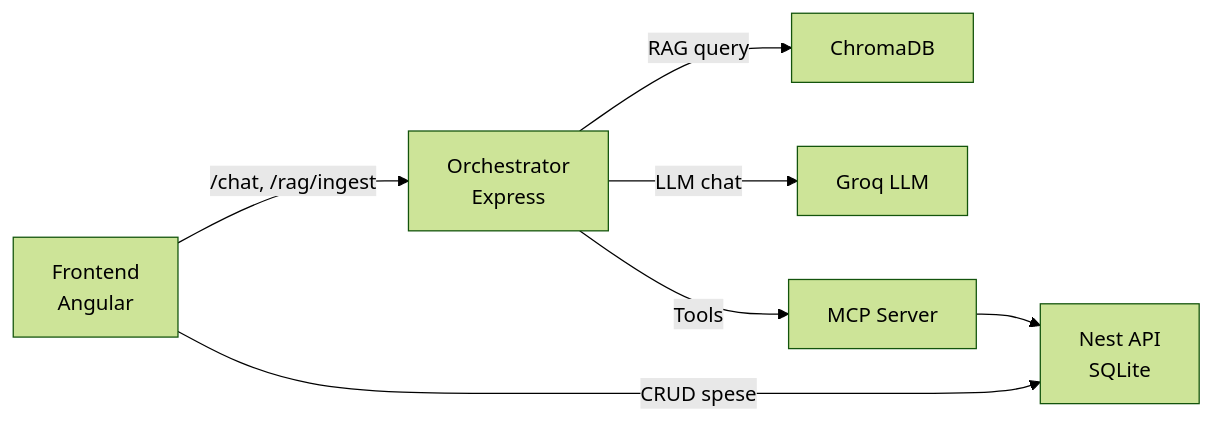
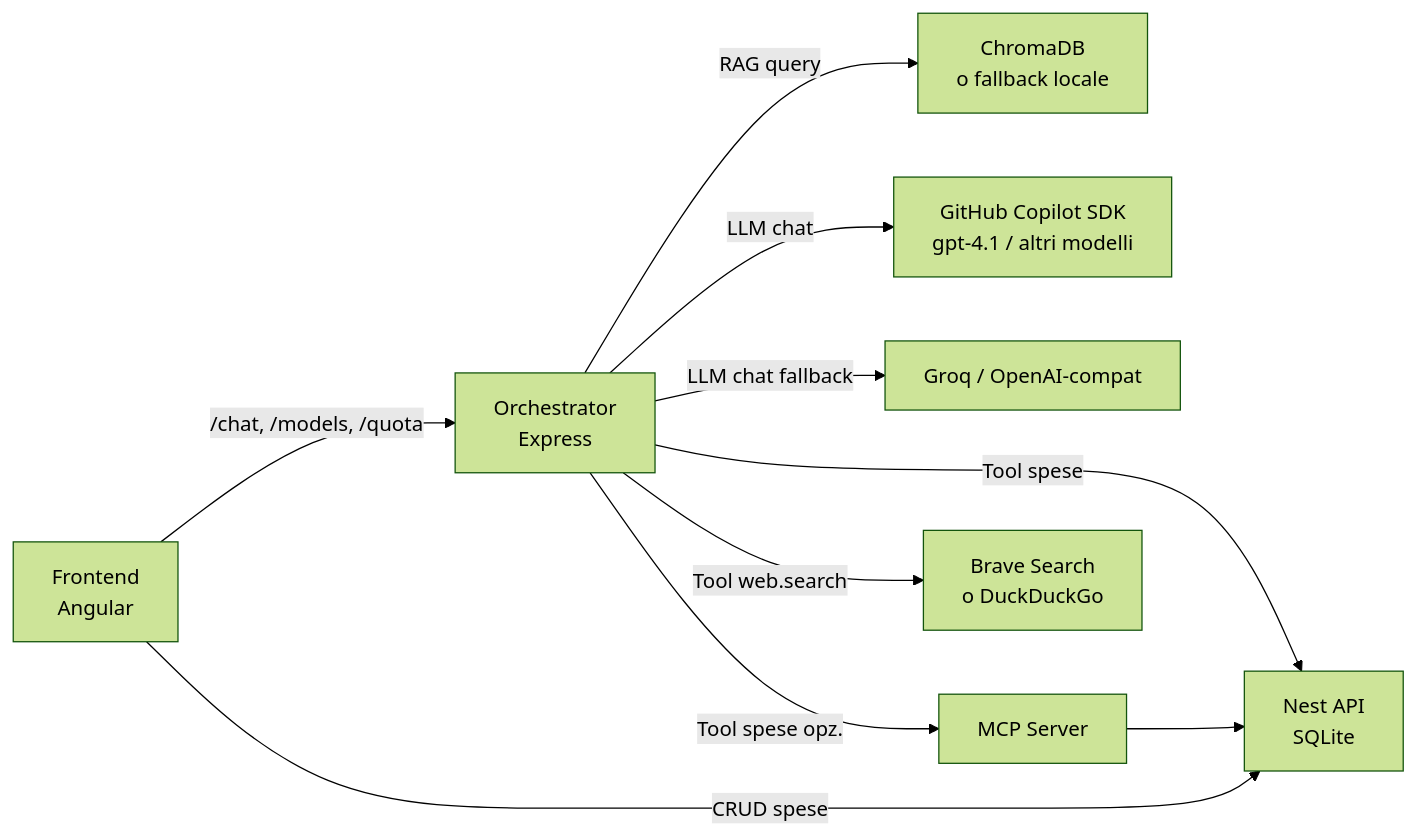
Before and after one commit to capitanmirco/expense-rag-local: the diagram in README.md, drawn with Mermaid (forest theme). The commit also changed other lines of this file and 14 other files, not shown here.

````diff
--- a/README.md
+++ b/README.md
@@ -10,9 +11,12 @@
 ```mermaid
 flowchart LR
-  FE[Frontend\nAngular] -->|/chat, /rag/ingest| ORCH[Orchestrator\nExpress]
+  FE[Frontend\nAngular] -->|/chat, /models, /quota| ORCH[Orchestrator\nExpress]
   FE -->|CRUD spese| API[Nest API\nSQLite]
-  ORCH -->|RAG query| CHR[ChromaDB]
-  ORCH -->|LLM chat| LLM[Groq LLM]
-  ORCH -->|Tools| MCP[MCP Server]
+  ORCH -->|RAG query| CHR[ChromaDB\no fallback locale]
+  ORCH -->|LLM chat| COP[GitHub Copilot SDK\ngpt-4.1 / altri modelli]
+  ORCH -->|LLM chat fallback| LLM[Groq / OpenAI-compat]
+  ORCH -->|Tool spese| API
+  ORCH -->|Tool web.search| WEB[Brave Search\no DuckDuckGo]
+  ORCH -->|Tool spese opz.| MCP[MCP Server]
   MCP --> API
 ```
````
